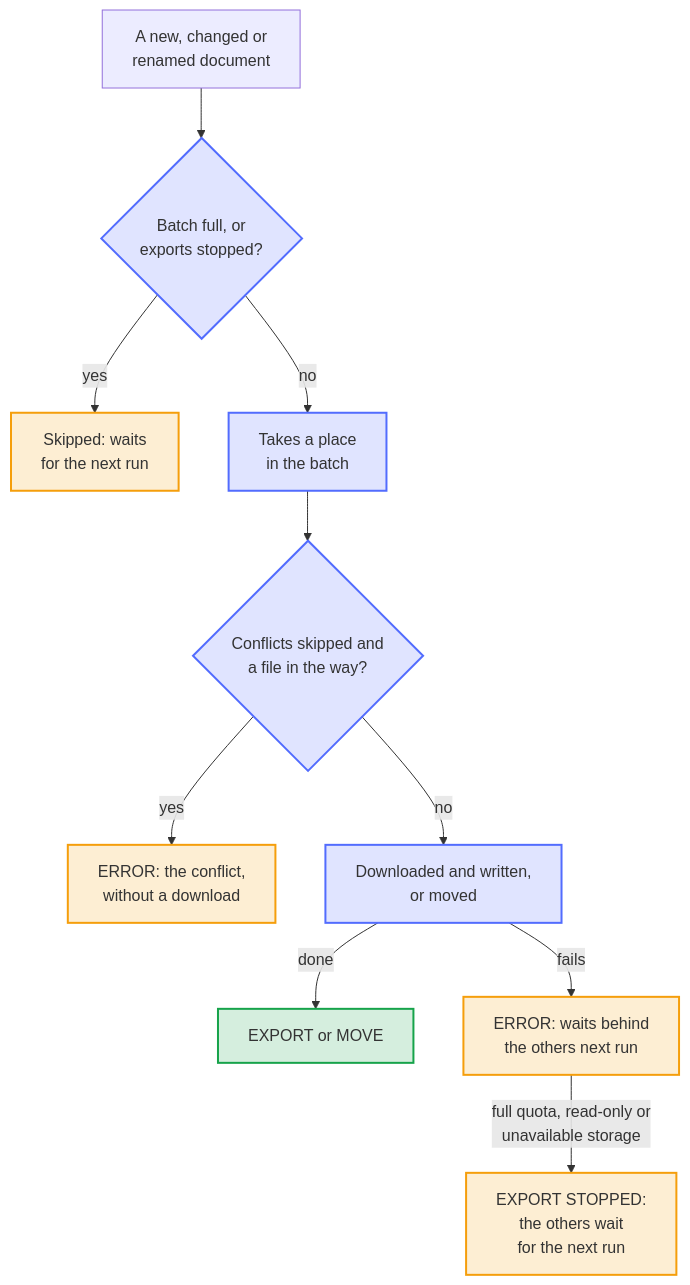
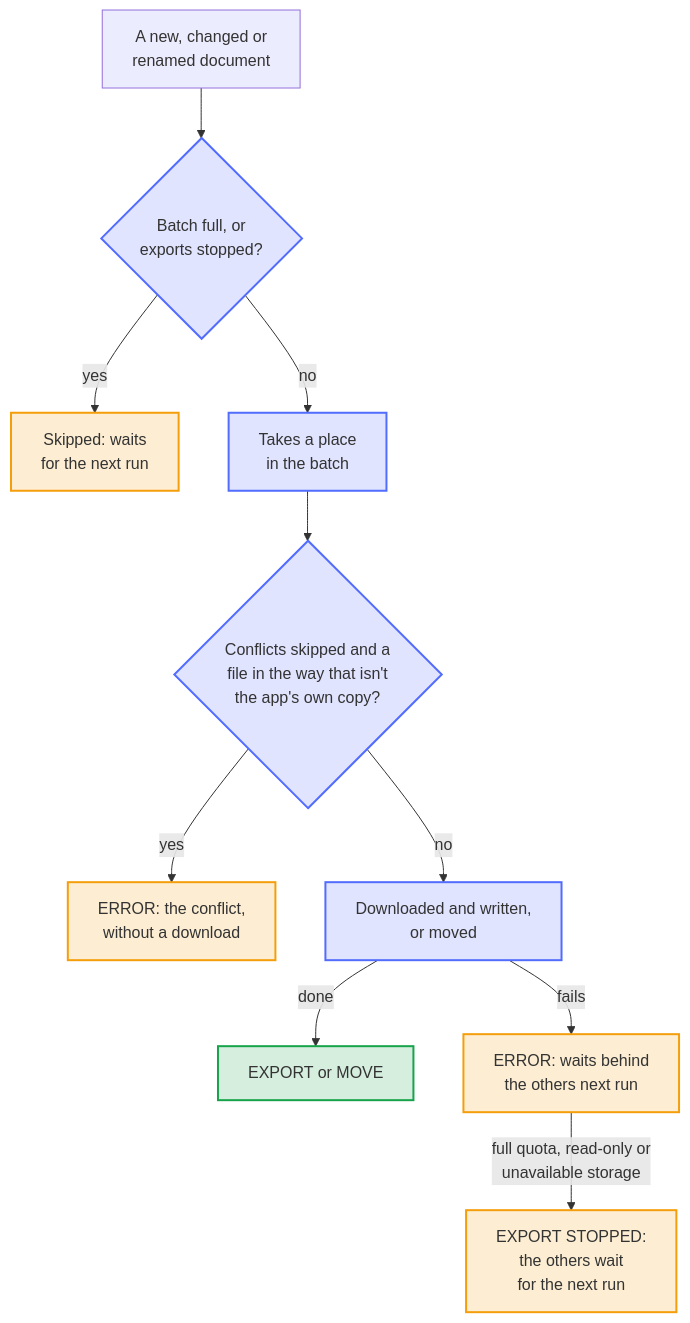
One commit to Dennis-Otto/paperless-sync changed the ninth of 10 diagrams in README.md. Above: the diagram before and after it, drawn with Mermaid. The commit also changed other lines of this file and 16 other files, not shown here.

````diff
--- a/README.md
+++ b/README.md
@@ -474,21 +475,21 @@
 ```mermaid
 flowchart TB
     accTitle: How a run spends its batch
-    accDescr: A document to export or move is skipped when the batch is full or Nextcloud cannot store files. Otherwise it takes a place in the batch. With the conflict policy skip, a file in the way is reported as a conflict without a download. Otherwise the document is downloaded and written, or moved. A failure is reported, and the document waits behind the others in the next run; a full quota, a read-only or an unavailable storage also ends the exports of the run.
+    accDescr: A document to export or move is skipped when the batch is full or Nextcloud cannot store files. Otherwise it takes a place in the batch. With the conflict policy skip, a file in the way that is not the app's own copy is reported as a conflict without a download. Otherwise the document is downloaded and written, or moved. A failure is reported, and the document waits behind the others in the next run; a full quota, a read-only or an unavailable storage also ends the exports of the run.
 
     document["A new, changed or<br>renamed document"] --> full{"Batch full, or<br>exports stopped?"}
     full -->|yes| skipped["Skipped: waits<br>for the next run"]
     full -->|no| place["Takes a place<br>in the batch"]
-    place --> conflict{"Conflicts skipped and<br>a file in the way?"}
+    place --> conflict{"Conflicts skipped and a<br>file in the way that isn't<br>the app's own copy?"}
     conflict -->|yes| reported["ERROR: the conflict,<br>without a download"]
     conflict -->|no| write["Downloaded and written,<br>or moved"]
     write -->|done| done["EXPORT or MOVE"]
     write -->|fails| failed["ERROR: waits behind<br>the others next run"]
     failed -->|"full quota, read-only or<br>unavailable storage"| stopped["EXPORT STOPPED:<br>the others wait<br>for the next run"]
     classDef check fill:#526cfe2e,stroke:#526cfe,stroke-width:2px
     classDef waits fill:#f59e0b2e,stroke:#f59e0b,stroke-width:2px
     classDef result fill:#16a34a2e,stroke:#16a34a,stroke-width:2px
     class full,place,conflict,write check
     class skipped,reported,failed,stopped waits
     class done result
 ```
````
